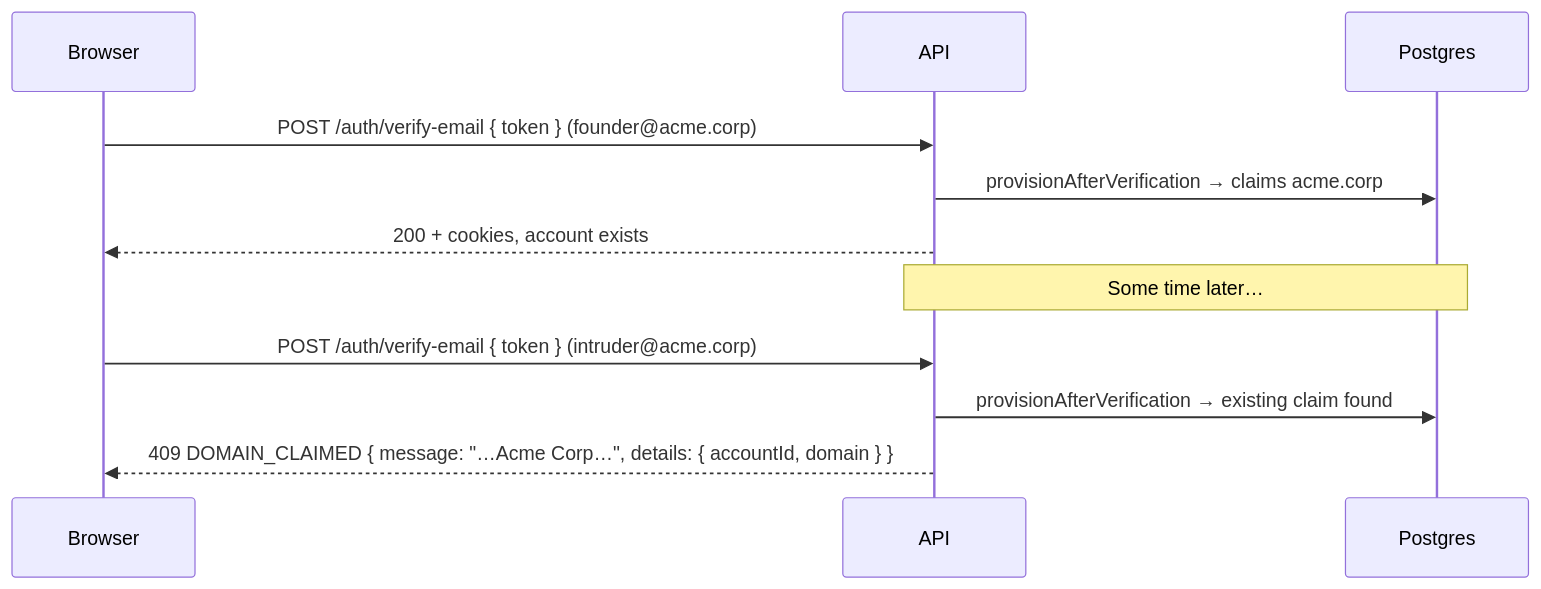
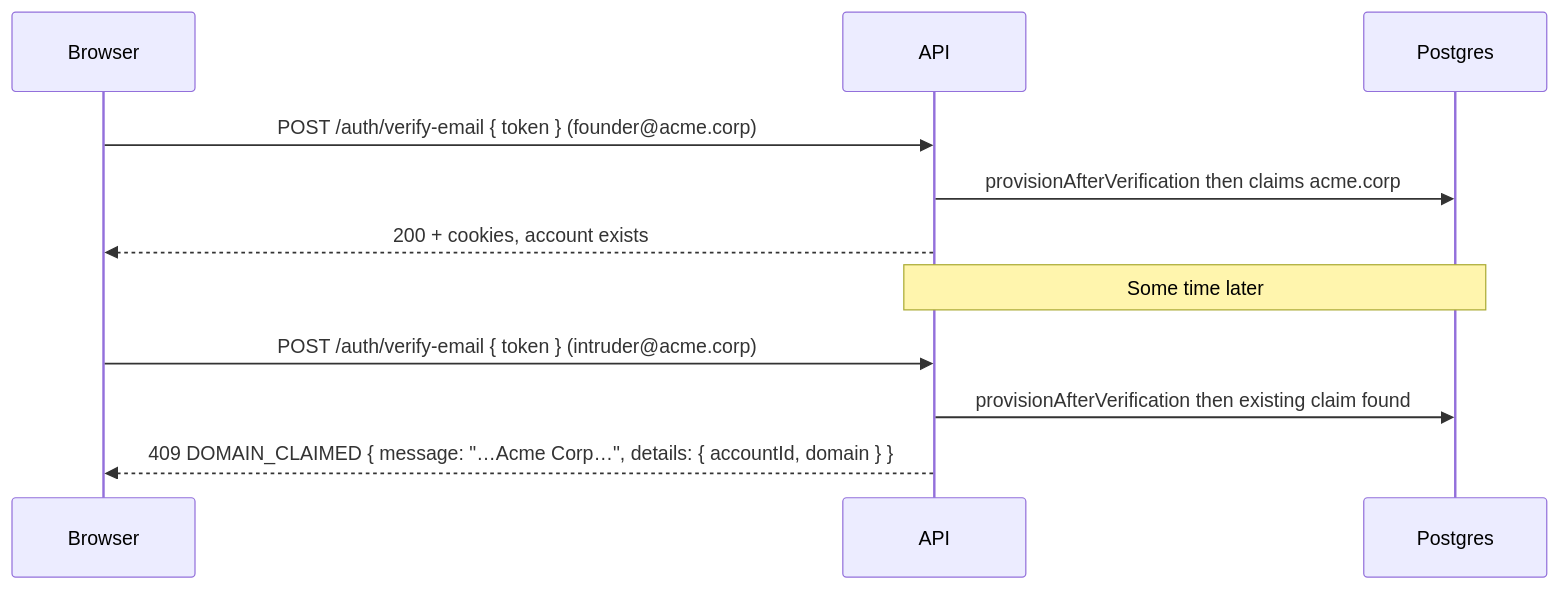
One commit to AI-Starter-Templates/.github changed the second of 2 diagrams in src/content/docs/api/multi-tenant.mdx. Above: the diagram before and after it, drawn with Mermaid. The commit also changed other lines of this file and 9 other files, not shown here.

````diff
--- a/src/content/docs/api/multi-tenant.mdx
+++ b/src/content/docs/api/multi-tenant.mdx
@@ -148,13 +148,13 @@
 ```mermaid
 sequenceDiagram
   participant B as Browser
   participant API as API
   participant DB as Postgres
   B->>API: POST /auth/verify-email { token }   (founder@acme.corp)
-  API->>DB: provisionAfterVerification → claims acme.corp
+  API->>DB: provisionAfterVerification then claims acme.corp
   API-->>B: 200 + cookies, account exists
-  Note over API,DB: Some time later…
+  Note over API,DB: Some time later
   B->>API: POST /auth/verify-email { token }   (intruder@acme.corp)
-  API->>DB: provisionAfterVerification → existing claim found
+  API->>DB: provisionAfterVerification then existing claim found
   API-->>B: 409 DOMAIN_CLAIMED { message: "…Acme Corp…", details: { accountId, domain } }
 ```
````
